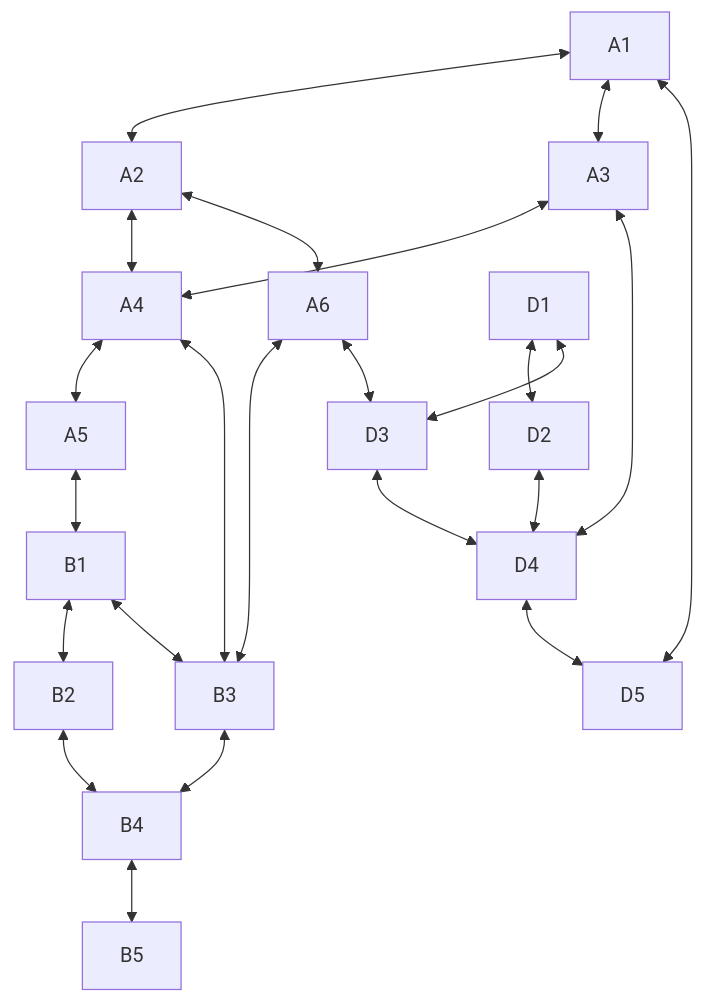
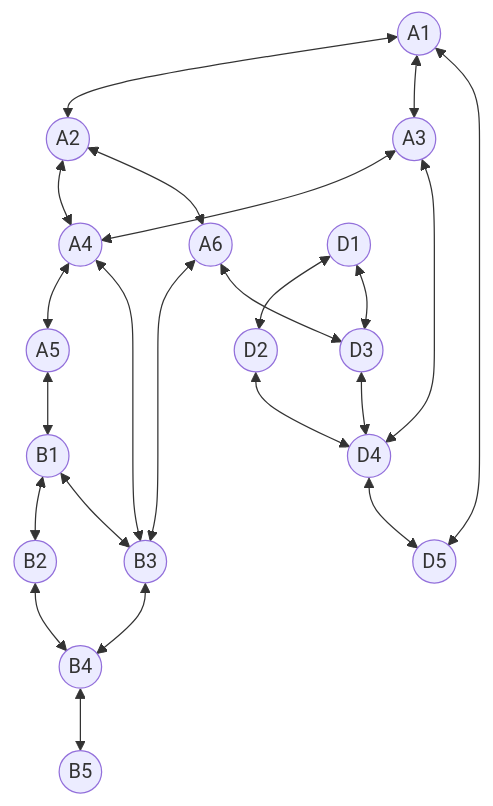
One commit to qiboteam/qibolab_platforms_qrc changed the diagram in qw11q/README.md. Above: the diagram before and after it, drawn with Mermaid. The commit also changed other lines of this file and 3 other files, not shown here.

````diff
--- a/qw11q/README.md
+++ b/qw11q/README.md
@@ -13,25 +13,29 @@
 ```mermaid
+---
+config:
+layout: elk
+---
 graph TD;
-    A1 <--> A2;
-    A1 <--> A3;
-    A1 <--> D5;
-    A2 <--> A4;
-    A2 <--> A6;
-    A3 <--> A4;
-    A3 <--> D4;
-    A4 <--> A5;
-    A4 <--> B3;
-    A5 <--> B1;
-    A6 <--> B3;
-    A6 <--> D3;
-    B1 <--> B2;
-    B1 <--> B3;
-    B2 <--> B4;
-    B3 <--> B4;
-    B4 <--> B5;
-    D1 <--> D2;
-    D1 <--> D3;
-    D2 <--> D4;
-    D3 <--> D4;
-    D4 <--> D5;
+    0((A1)) <--> 1((A2));
+    0((A1)) <--> 2((A3));
+    0((A1)) <--> 15((D5));
+    1((A2)) <--> 3((A4));
+    1((A2)) <--> 5((A6));
+    2((A3)) <--> 3((A4));
+    2((A3)) <--> 14((D4));
+    3((A4)) <--> 4((A5));
+    3((A4)) <--> 8((B3));
+    4((A5)) <--> 6((B1));
+    5((A6)) <--> 8((B3));
+    5((A6)) <--> 13((D3));
+    6((B1)) <--> 7((B2));
+    6((B1)) <--> 8((B3));
+    7((B2)) <--> 9((B4));
+    8((B3)) <--> 9((B4));
+    9((B4)) <--> 10((B5));
+    11((D1)) <--> 12((D2));
+    11((D1)) <--> 13((D3));
+    12((D2)) <--> 14((D4));
+    13((D3)) <--> 14((D4));
+    14((D4)) <--> 15((D5));
 ```
````
